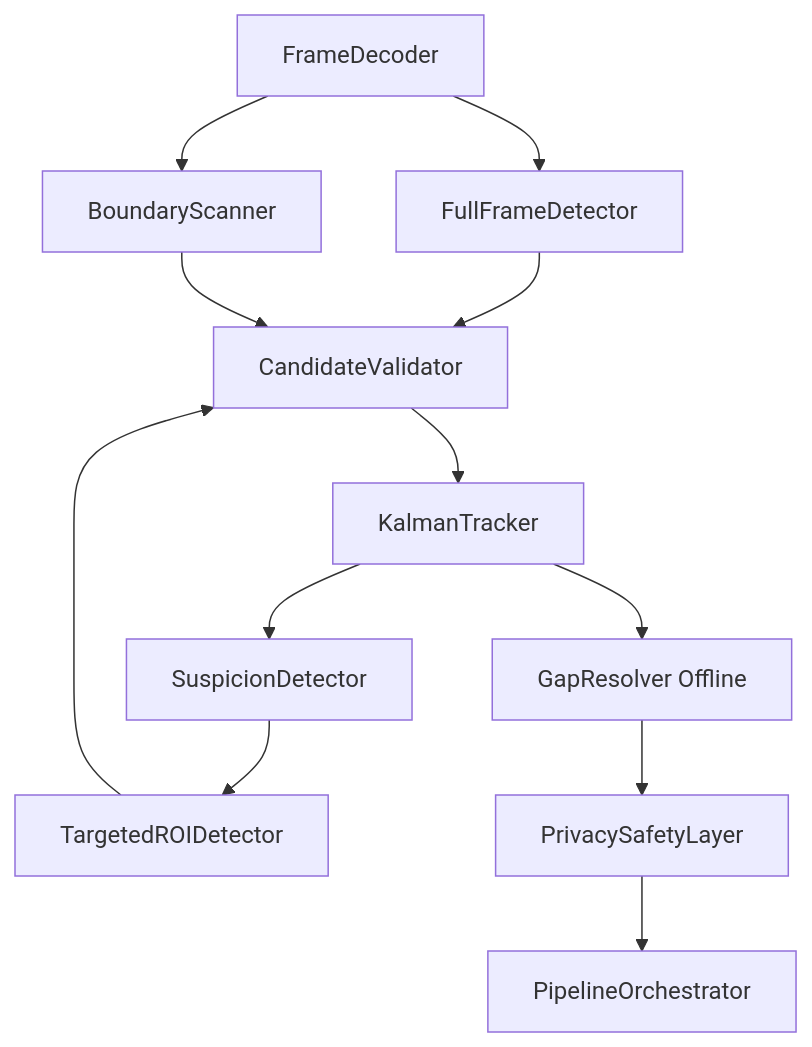
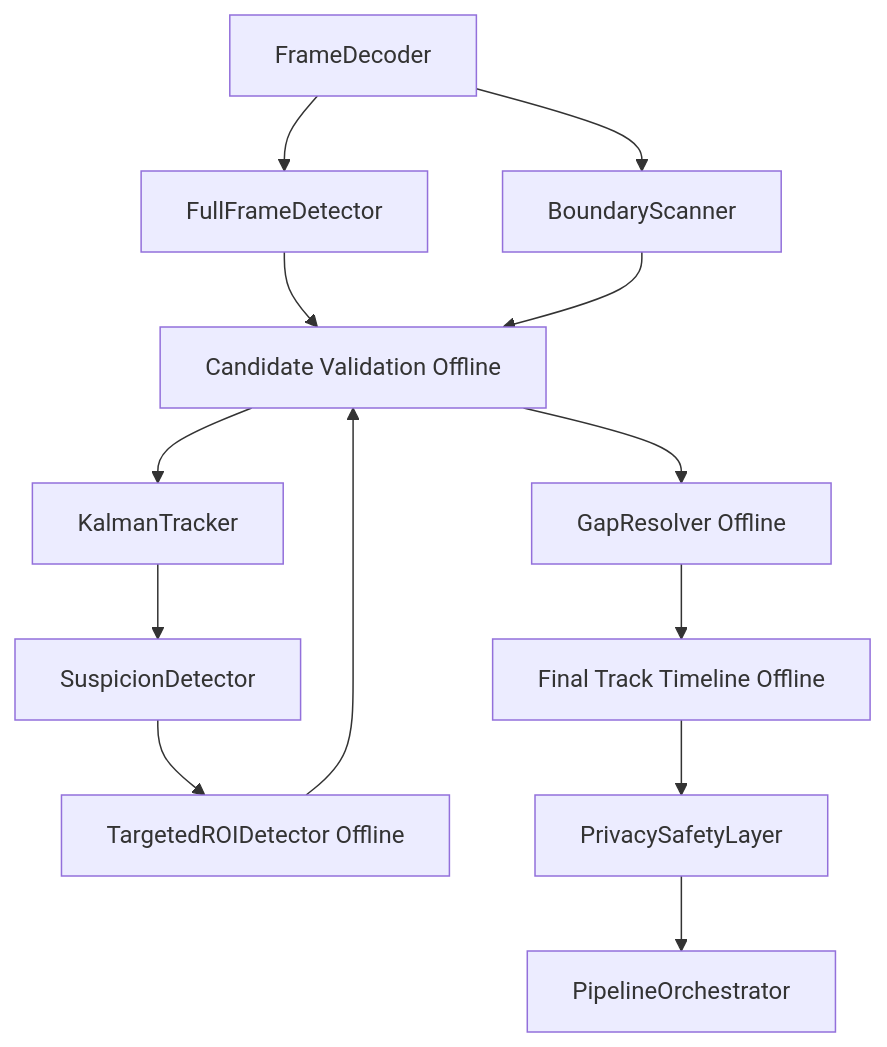
Before and after one commit to aditya-21a/pixelVeil: the diagram in docs/architecture-spec.md, drawn with Mermaid. The commit also changed other lines of this file and 5 other files, not shown here.

First line of the commit message:
docs: revise architecture based on hostile review

````diff
--- a/docs/architecture-spec.md
+++ b/docs/architecture-spec.md
@@ -7,15 +7,16 @@
 ```mermaid
 graph TD
     FD[FrameDecoder] --> FFD[FullFrameDetector]
     FD --> BS[BoundaryScanner]
     FFD --> CV[CandidateValidator]
     BS --> CV
     CV --> KT[KalmanTracker]
     KT --> SD[SuspicionDetector]
-    SD --> TR[TargetedROIDetector]
-    TR --> CV
     
-    KT --> GR[GapResolver Offline]
-    GR --> PSL[PrivacySafetyLayer]
+    SD --> TR[TargetedROIDetector Offline]
+    TR --> CV[Candidate Validation Offline]
+    CV --> GR[GapResolver Offline]
+    GR --> TL[Final Track Timeline Offline]
+    TL --> PSL[PrivacySafetyLayer]
     PSL --> PO[PipelineOrchestrator]
 ```
````
